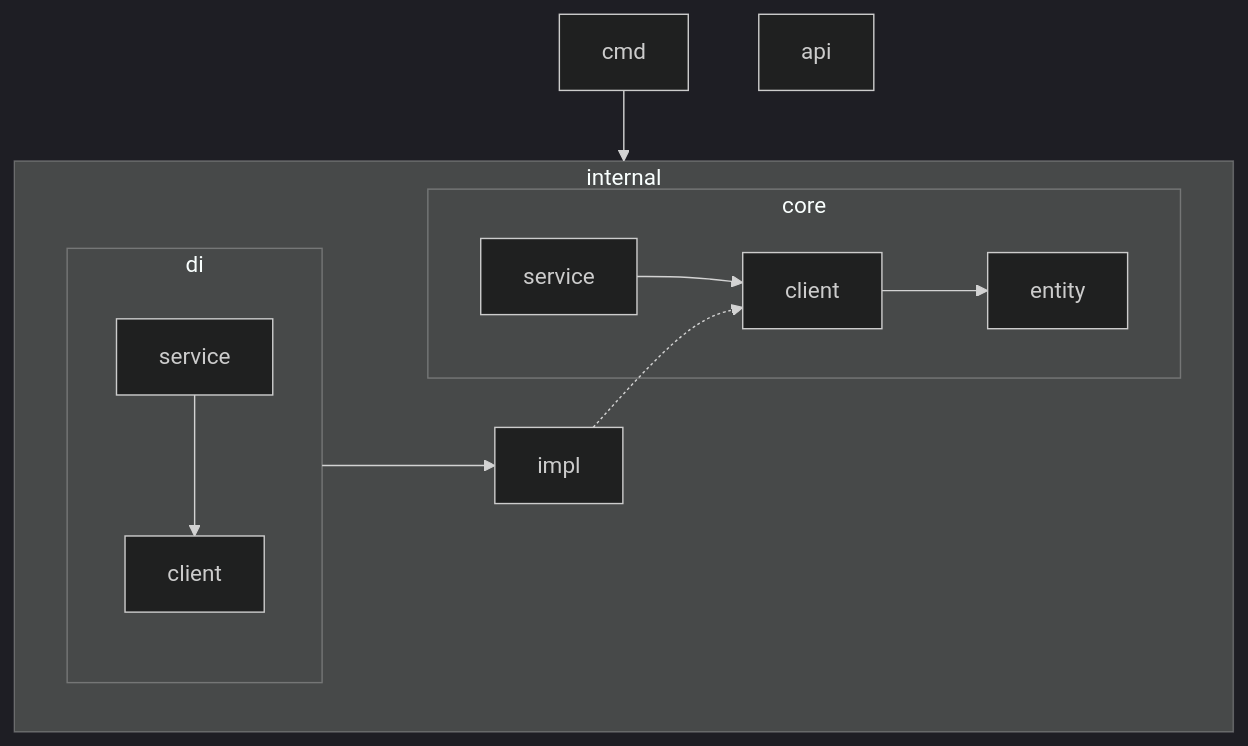
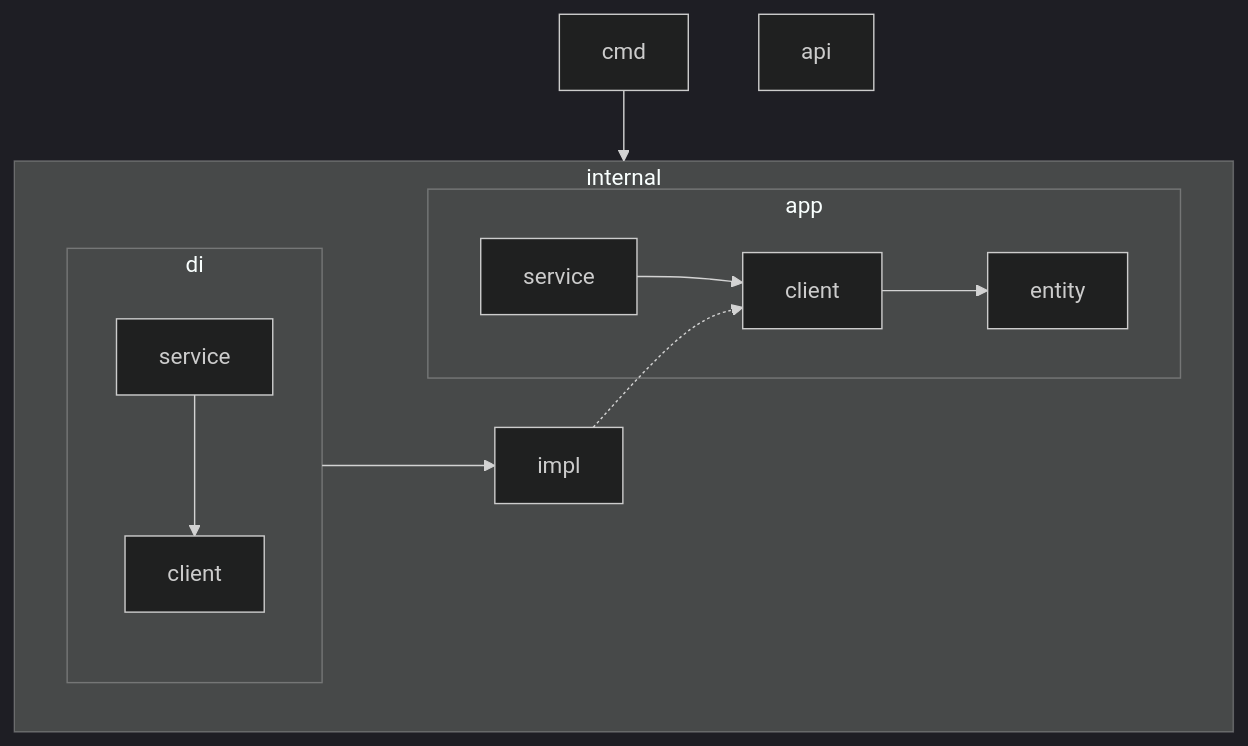
One commit to MoonlightOffice/typek8s changed the diagram in package/AGENTS.md. Above: the diagram before and after it, drawn with Mermaid (dark theme). The commit also changed other lines of this file and 15 other files, not shown here.

Commit message:
refactor: rename core to app

````diff
--- a/package/AGENTS.md
+++ b/package/AGENTS.md
@@ -15,21 +15,21 @@
 ```mermaid
 graph TB
     subgraph internal
         direction LR
-        subgraph core
+        subgraph app
             service --> client --> entity
         end
 
         impl -.-> client
 
         subgraph di
             S[service] --> C[client]
         end
 
         di --> impl
     end
 
     cmd --> internal
 
     api
 ```
````
